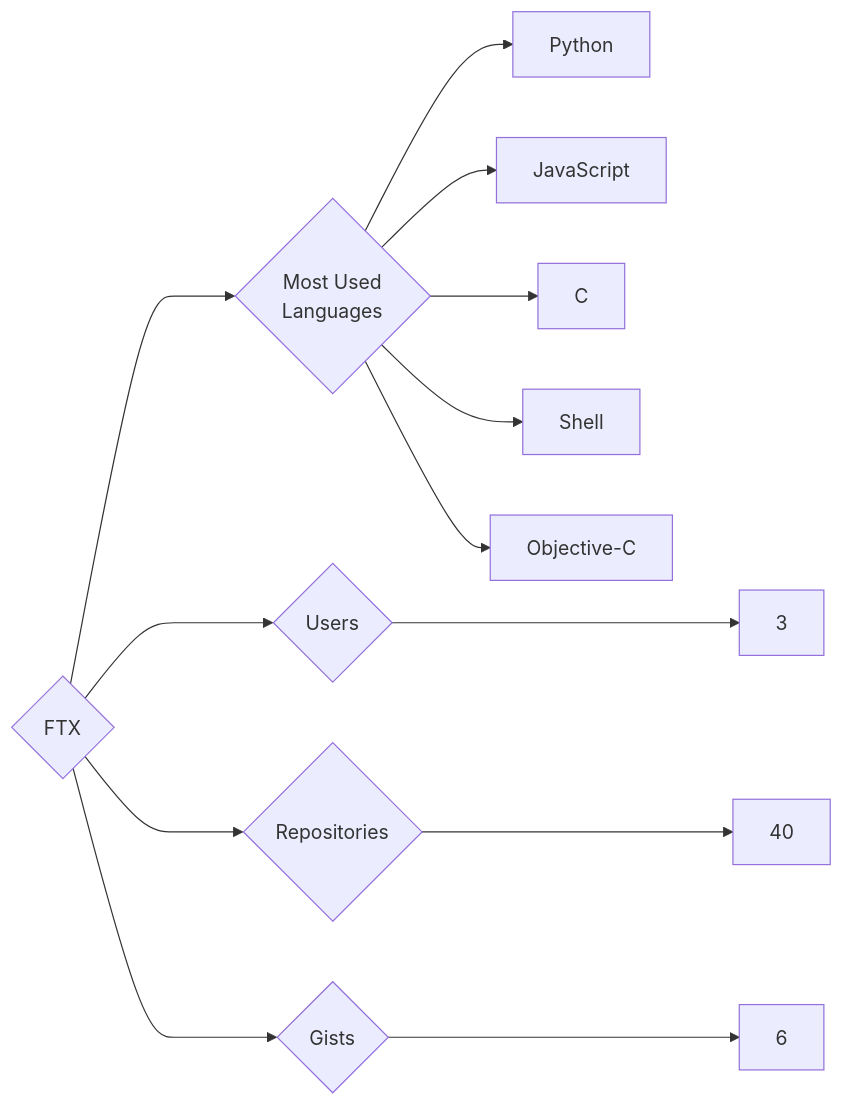
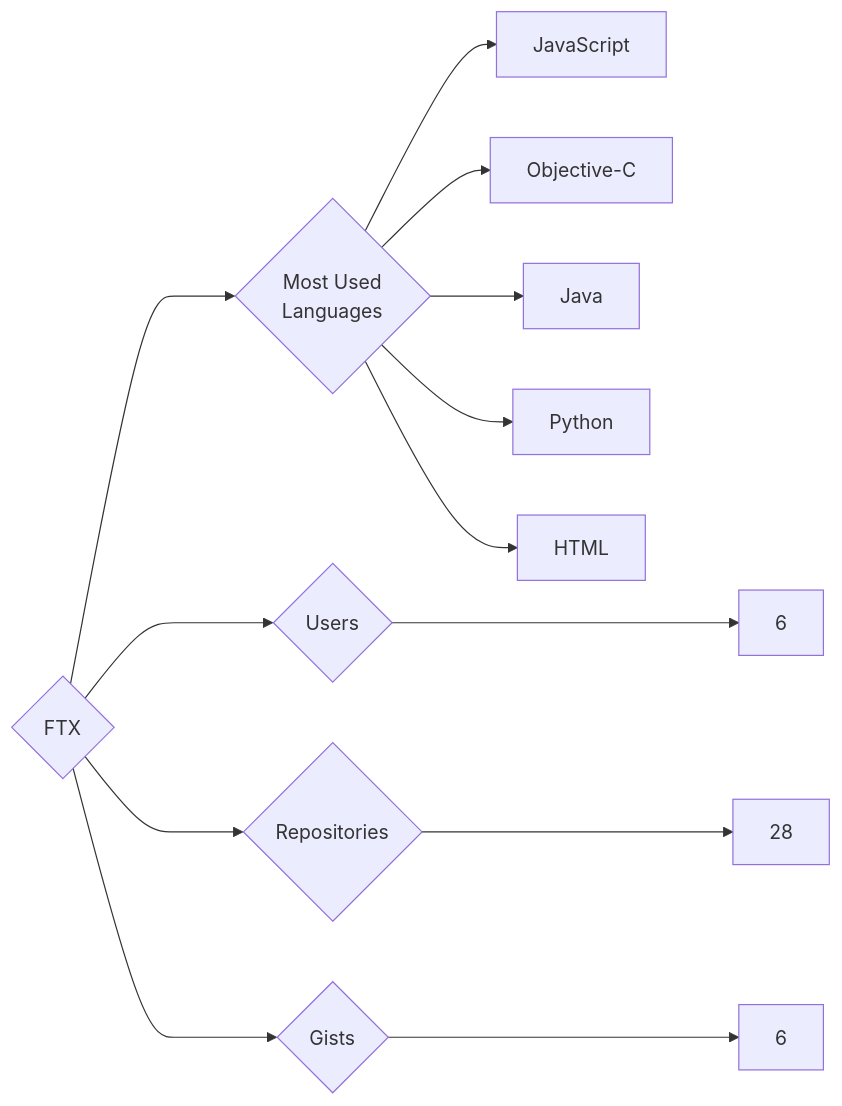
One commit to trickest/insiders changed the diagram in targets/FTX/README.md. Above: the diagram before and after it, drawn with Mermaid. The commit also changed 1088 other files, not shown here.

````diff
--- a/targets/FTX/README.md
+++ b/targets/FTX/README.md
@@ -3,13 +3,13 @@
 ```mermaid
 graph LR
 COMPANY_NAME{FTX}
-COMPANY_NAME ---> U{Users} ---> UN[3]
-COMPANY_NAME ---> R{Repositories} ---> RN[40]
+COMPANY_NAME ---> U{Users} ---> UN[6]
+COMPANY_NAME ---> R{Repositories} ---> RN[28]
 COMPANY_NAME ---> G{Gists} ---> GN[6]
 COMPANY_NAME ---> ML{Most Used<br>Languages}
+ML --> JavaScript[JavaScript]
+ML --> Objective-C[Objective-C]
+ML --> Java[Java]
 ML --> Python[Python]
-ML --> JavaScript[JavaScript]
-ML --> C[C]
-ML --> Shell[Shell]
-ML --> Objective-C[Objective-C]
+ML --> HTML[HTML]
 ```
````
